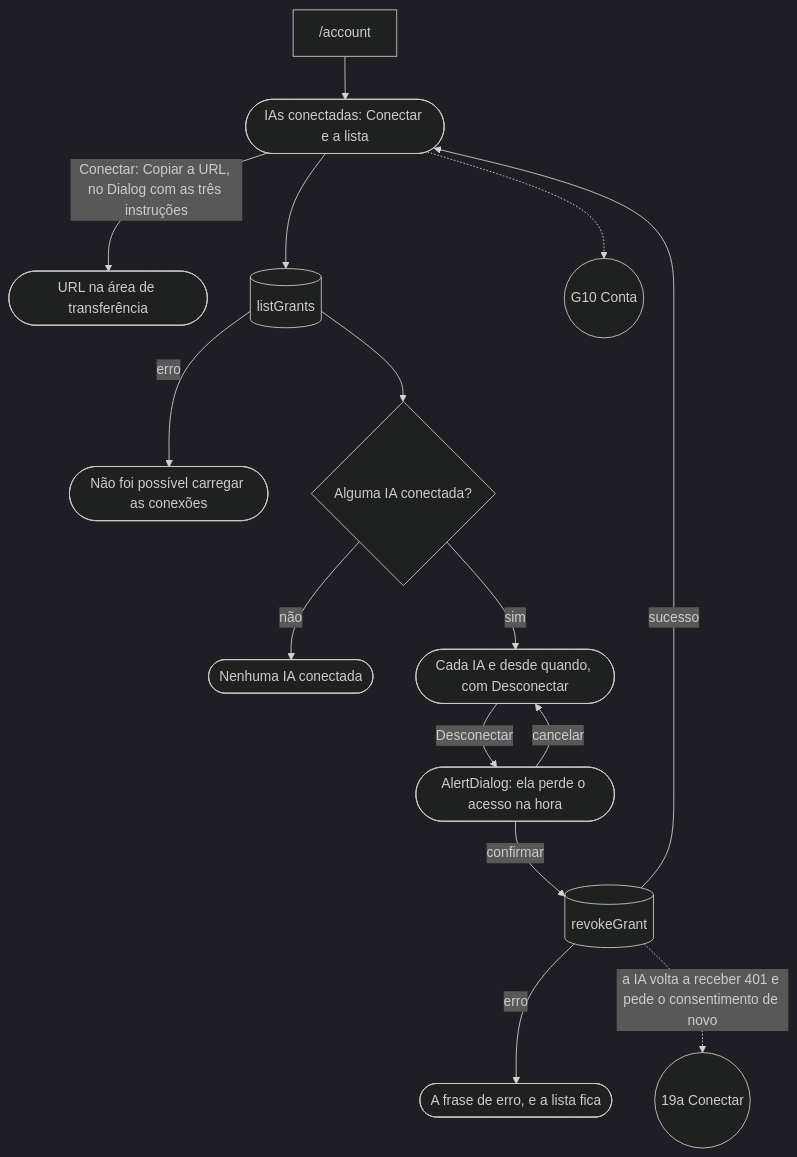
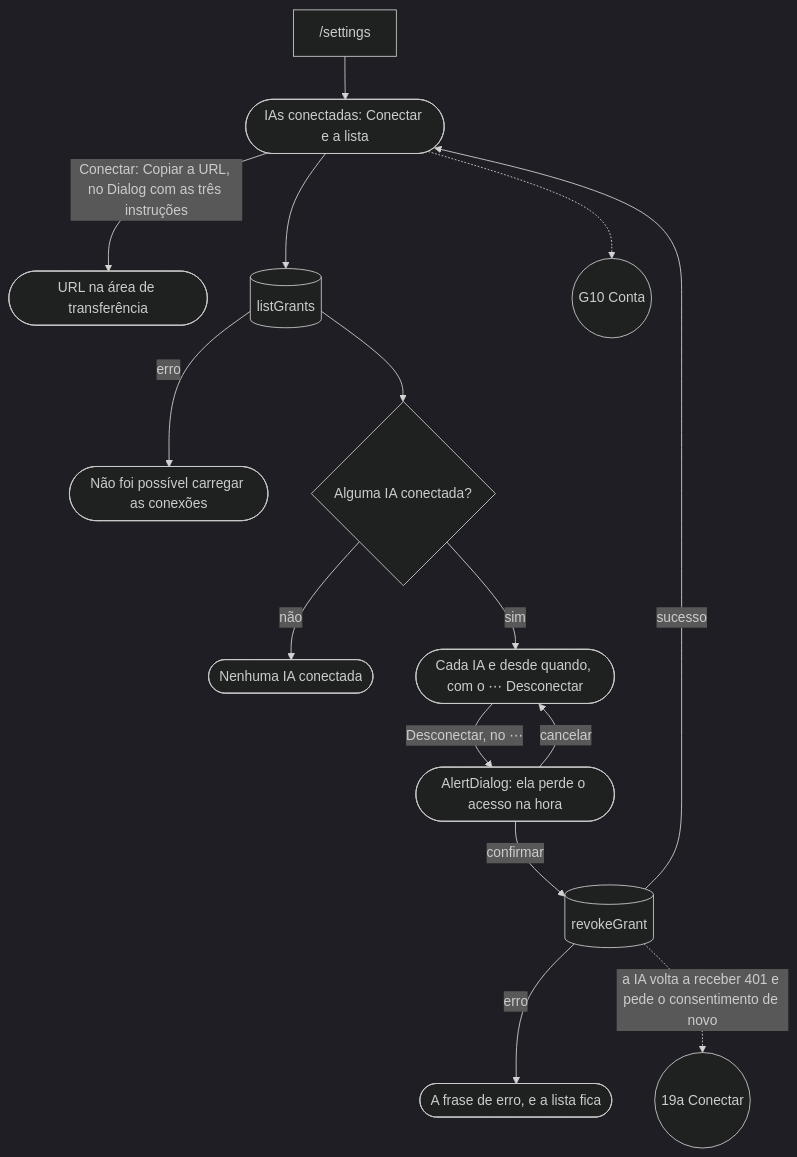
One commit to kauax2000/finance_app changed diagram 31 of 31 in docs/JORNADAS.md. Above: the diagram before and after it, drawn with Mermaid. The commit also changed other lines of this file and 2 other files, not shown here.

Commit message:
docs(jornadas): atalho v2, Como abrir com cinco jeitos e Lançar ao pagar

````diff
--- a/docs/JORNADAS.md
+++ b/docs/JORNADAS.md
@@ -2057,18 +2062,18 @@
 ```mermaid
 %%{init: {"theme": "dark"}}%%
 flowchart TD
-    account["/account"] --> ias(["IAs conectadas: Conectar e a lista"])
+    account["/settings"] --> ias(["IAs conectadas: Conectar e a lista"])
     ias -->|"Conectar: Copiar a URL, no Dialog com as três instruções"| copiado(["URL na área de transferência"])
     ias --> grants[("listGrants")]
     grants -->|"erro"| erroLista(["Não foi possível carregar as conexões"])
     grants --> lista{"Alguma IA conectada?"}
     lista -->|"não"| vazio(["Nenhuma IA conectada"])
-    lista -->|"sim"| linha(["Cada IA e desde quando, com Desconectar"])
-    linha -->|"Desconectar"| confirma(["AlertDialog: ela perde o acesso na hora"])
+    lista -->|"sim"| linha(["Cada IA e desde quando, com o ⋯ Desconectar"])
+    linha -->|"Desconectar, no ⋯"| confirma(["AlertDialog: ela perde o acesso na hora"])
     confirma -->|"cancelar"| linha
     confirma -->|"confirmar"| revogar[("revokeGrant")]
     revogar -->|"erro"| erroRevoga(["A frase de erro, e a lista fica"])
     revogar -->|"sucesso"| ias
     revogar -.->|"a IA volta a receber 401 e pede o consentimento de novo"| G19a(("19a Conectar"))
     ias -.-> G10(("G10 Conta"))
 ```
````
